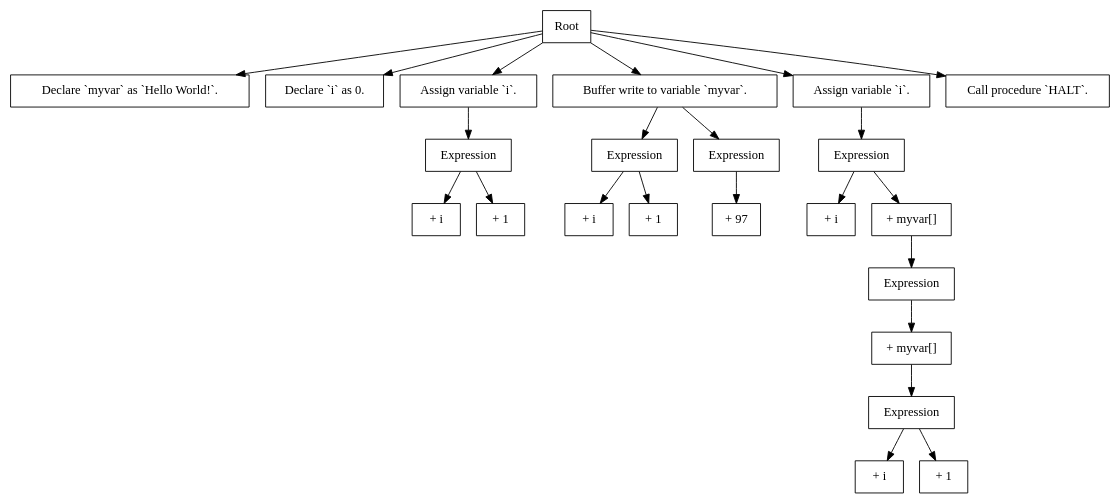
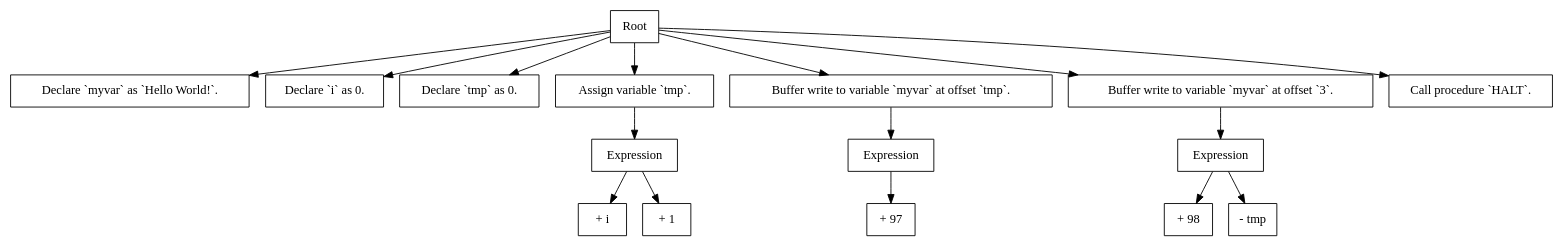
The diagram in toolchain/build/graph_temp.dot (featherfeet/oliver-risc), drawn with Graphviz before and after one commit. The commit also changed 17 other files, not shown here.

```diff
--- a/toolchain/build/graph_temp.dot
+++ b/toolchain/build/graph_temp.dot
@@ -1,47 +1,33 @@
 digraph ast {
     "0" [label="Root", shape=box];
     "0_0" [label="Declare `myvar` as `Hello World!`.", shape=box];
     "0" -> "0_0";
     "0_1" [label="Declare `i` as 0.", shape=box];
     "0" -> "0_1";
-    "0_2" [label="Assign variable `i`.", shape=box];
-    "0_2_0" [label="Expression", shape=box];
-    "0_2_0_0" [label="+ i", shape=box];
-    "0_2_0" -> "0_2_0_0";
-    "0_2_0_1" [label="+ 1", shape=box];
-    "0_2_0" -> "0_2_0_1";
-    "0_2" -> "0_2_0";
+    "0_2" [label="Declare `tmp` as 0.", shape=box];
     "0" -> "0_2";
-    "0_3" [label="Buffer write to variable `myvar`.", shape=box];
+    "0_3" [label="Assign variable `tmp`.", shape=box];
     "0_3_0" [label="Expression", shape=box];
     "0_3_0_0" [label="+ i", shape=box];
     "0_3_0" -> "0_3_0_0";
     "0_3_0_1" [label="+ 1", shape=box];
     "0_3_0" -> "0_3_0_1";
     "0_3" -> "0_3_0";
-    "0_3_1" [label="Expression", shape=box];
-    "0_3_1_0" [label="+ 97", shape=box];
-    "0_3_1" -> "0_3_1_0";
-    "0_3" -> "0_3_1";
     "0" -> "0_3";
-    "0_4" [label="Assign variable `i`.", shape=box];
+    "0_4" [label="Buffer write to variable `myvar` at offset `tmp`.", shape=box];
     "0_4_0" [label="Expression", shape=box];
-    "0_4_0_0" [label="+ i", shape=box];
+    "0_4_0_0" [label="+ 97", shape=box];
     "0_4_0" -> "0_4_0_0";
-    "0_4_0_1" [label="+ myvar[]", shape=box];
-    "0_4_0_1_0" [label="Expression", shape=box];
-    "0_4_0_1_0_0" [label="+ myvar[]", shape=box];
-    "0_4_0_1_0_0_0" [label="Expression", shape=box];
-    "0_4_0_1_0_0_0_0" [label="+ i", shape=box];
-    "0_4_0_1_0_0_0" -> "0_4_0_1_0_0_0_0";
-    "0_4_0_1_0_0_0_1" [label="+ 1", shape=box];
-    "0_4_0_1_0_0_0" -> "0_4_0_1_0_0_0_1";
-    "0_4_0_1_0_0" -> "0_4_0_1_0_0_0";
-    "0_4_0_1_0" -> "0_4_0_1_0_0";
-    "0_4_0_1" -> "0_4_0_1_0";
-    "0_4_0" -> "0_4_0_1";
     "0_4" -> "0_4_0";
     "0" -> "0_4";
-    "0_5" [label="Call procedure `HALT`.", shape=box];
+    "0_5" [label="Buffer write to variable `myvar` at offset `3`.", shape=box];
+    "0_5_0" [label="Expression", shape=box];
+    "0_5_0_0" [label="+ 98", shape=box];
+    "0_5_0" -> "0_5_0_0";
+    "0_5_0_1" [label="- tmp", shape=box];
+    "0_5_0" -> "0_5_0_1";
+    "0_5" -> "0_5_0";
     "0" -> "0_5";
+    "0_6" [label="Call procedure `HALT`.", shape=box];
+    "0" -> "0_6";
 }
```
